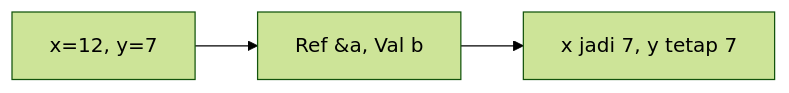
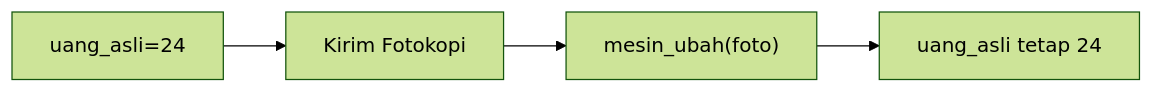
One commit to amnahwaida/OSNK_INF_PREP changed the seventh of 25 diagrams in part-c-pemahaman-cpp/04-fungsi/latihan/set-06.md. Above: the diagram before and after it, drawn with Mermaid (forest theme). The commit also changed other lines of this file and 71 other files, not shown here.

````diff
--- a/part-c-pemahaman-cpp/04-fungsi/latihan/set-06.md
+++ b/part-c-pemahaman-cpp/04-fungsi/latihan/set-06.md
@@ -181,5 +189,6 @@
 ```mermaid
 graph LR
-A["x=12, y=7"] --> B["Ref &a, Val b"]
-B --> C["x jadi 7, y tetap 7"]
+A["uang_asli=24"] --> B["Kirim Fotokopi"]
+B --> C["mesin_ubah(foto)"]
+C --> D["uang_asli tetap 24"]
 ```
````
